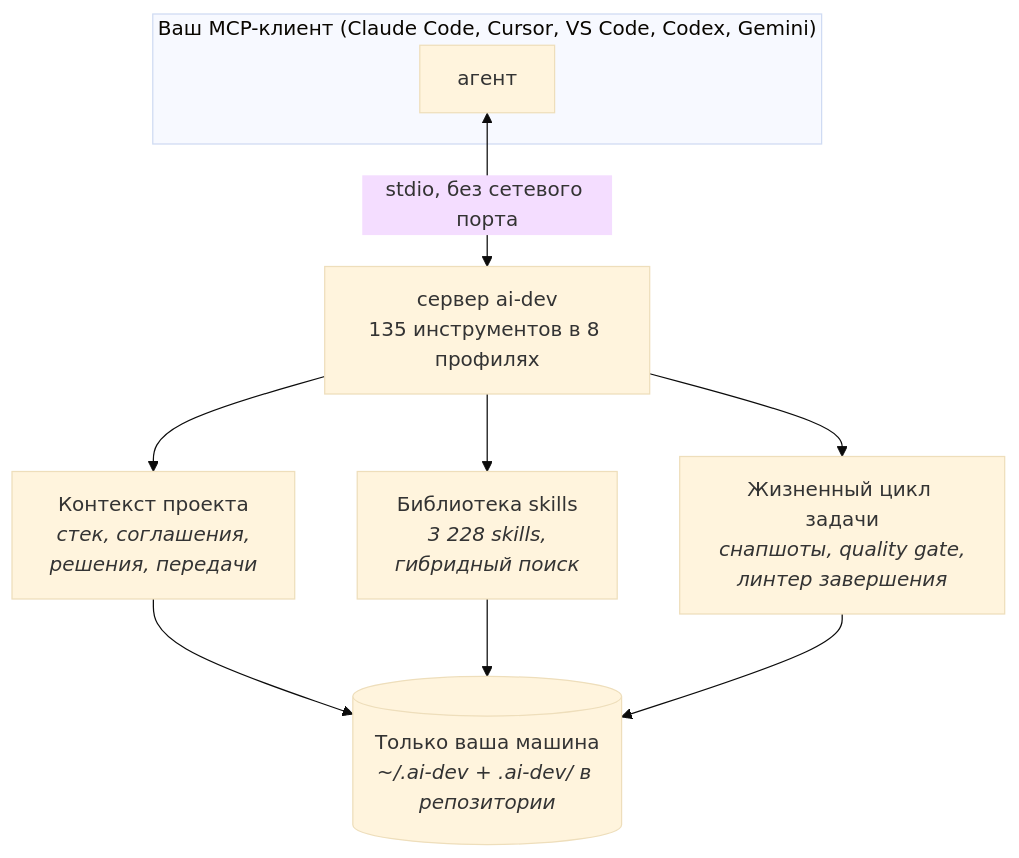
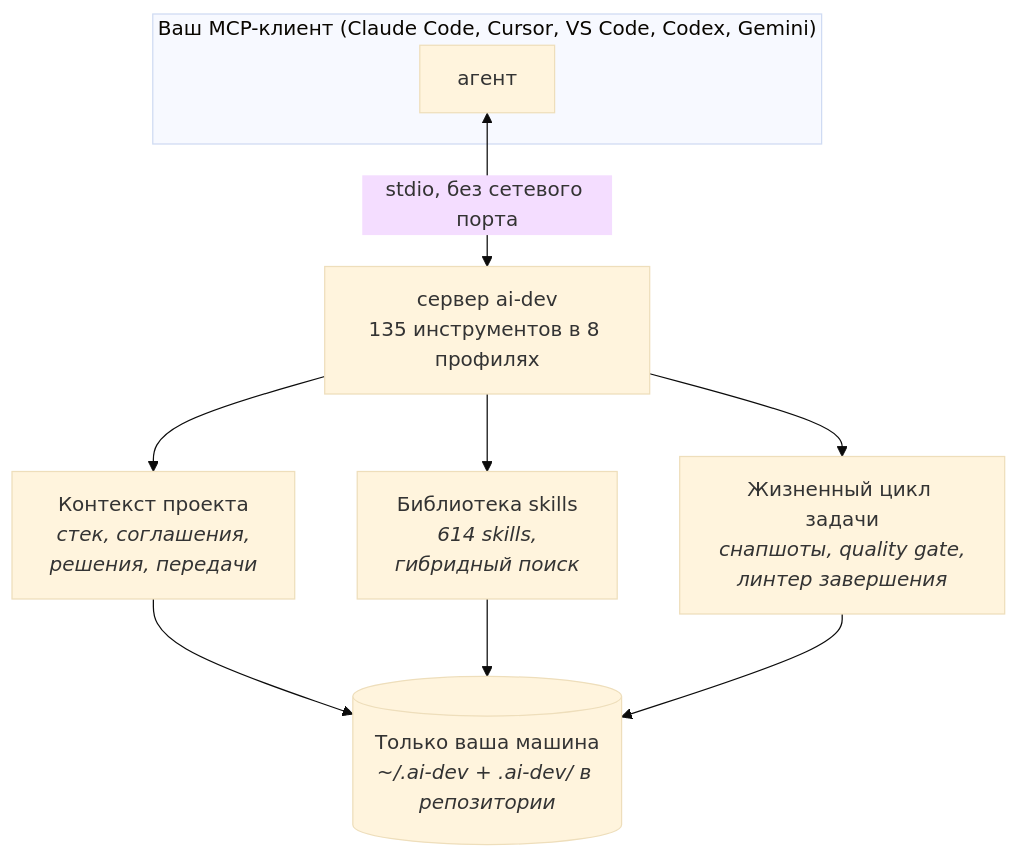
One commit to BreezeAreaSay/ai-dev-system changed the second of 2 diagrams in README.ru.md. Above: the diagram before and after it, drawn with Mermaid (base theme). The commit also changed other lines of this file and 2622 other files, not shown here.

````diff
--- a/README.ru.md
+++ b/README.ru.md
@@ -146,11 +146,11 @@
 ```mermaid
 flowchart TB
     subgraph client["Ваш MCP-клиент (Claude Code, Cursor, VS Code, Codex, Gemini)"]
         agent["агент"]
     end
     agent <-->|stdio, без сетевого порта| server["сервер ai-dev<br/>135 инструментов в 8 профилях"]
     server --> ctx["Контекст проекта<br/><i>стек, соглашения,<br/>решения, передачи</i>"]
-    server --> skills["Библиотека skills<br/><i>3 228 skills,<br/>гибридный поиск</i>"]
+    server --> skills["Библиотека skills<br/><i>614 skills,<br/>гибридный поиск</i>"]
     server --> life["Жизненный цикл задачи<br/><i>снапшоты, quality gate,<br/>линтер завершения</i>"]
     ctx & skills & life --> disk[("Только ваша машина<br/><i>~/.ai-dev + .ai-dev/ в репозитории</i>")]
 ```
````
